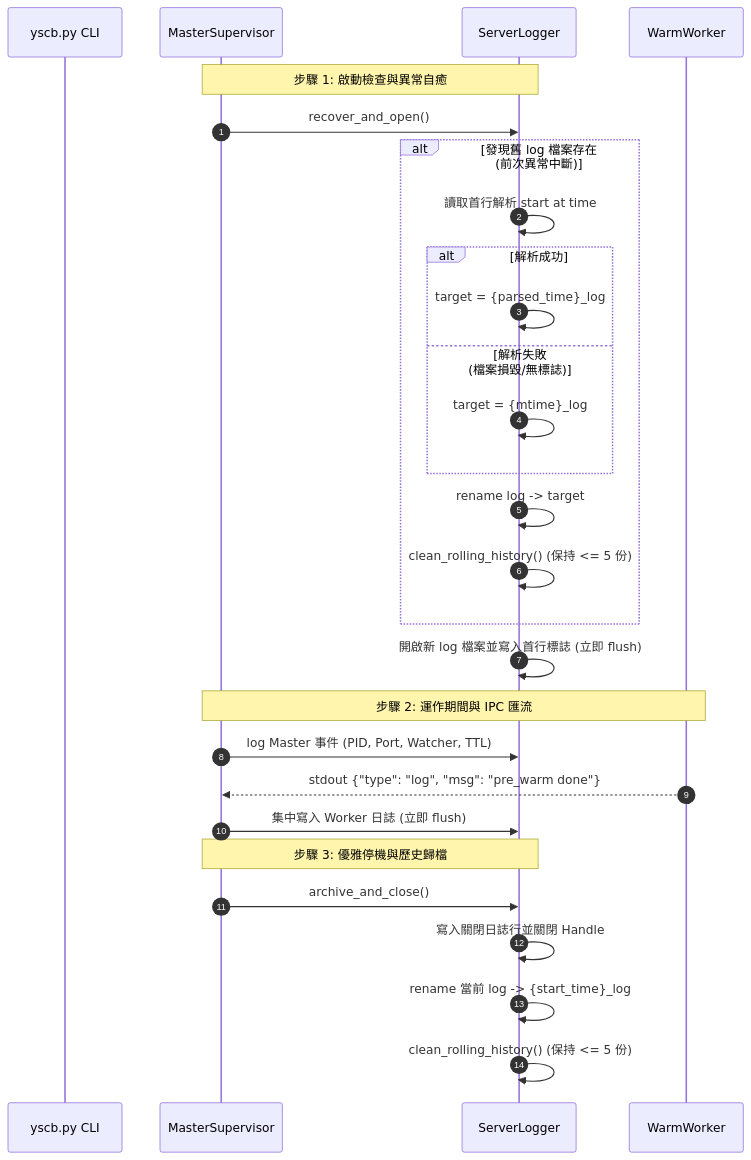
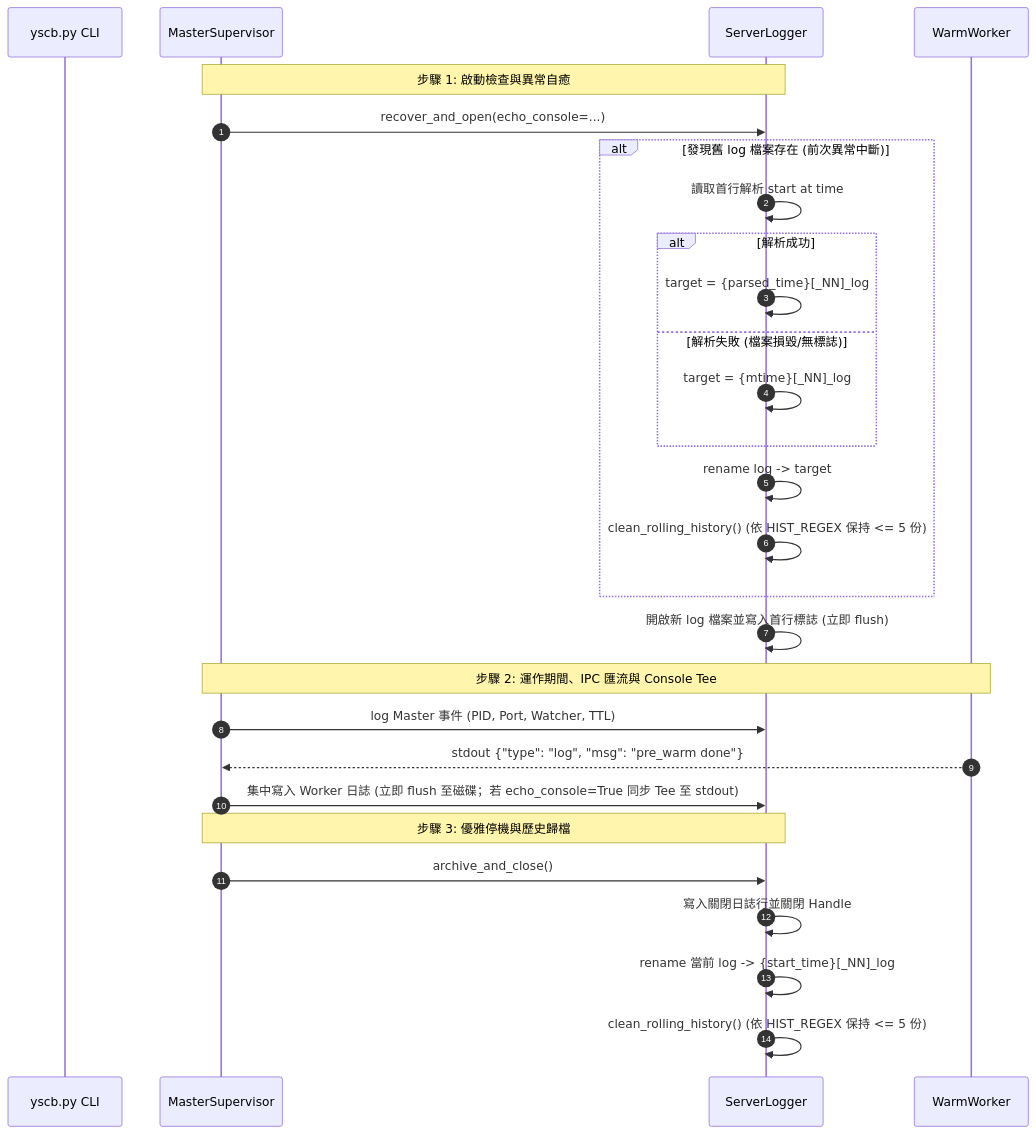
Before and after one commit to ysnaive/ys-codebase: the diagram in docs/server/realtime_logging.md, drawn with Mermaid. The commit also changed other lines of this file and 91 other files, not shown here.

````diff
--- a/docs/server/realtime_logging.md
+++ b/docs/server/realtime_logging.md
@@ -59,33 +77,33 @@
 ```mermaid
 sequenceDiagram
     autonumber
     participant CLI as yscb.py CLI
     participant Master as MasterSupervisor
     participant Logger as ServerLogger
     participant Worker as WarmWorker
 
     Note over Master, Logger: 步驟 1: 啟動檢查與異常自癒
-    Master->>Logger: recover_and_open()
+    Master->>Logger: recover_and_open(echo_console=...)
     alt 發現舊 log 檔案存在 (前次異常中斷)
         Logger->>Logger: 讀取首行解析 start at time
         alt 解析成功
-            Logger->>Logger: target = {parsed_time}_log
+            Logger->>Logger: target = {parsed_time}[_NN]_log
         else 解析失敗 (檔案損毀/無標誌)
-            Logger->>Logger: target = {mtime}_log
+            Logger->>Logger: target = {mtime}[_NN]_log
         end
         Logger->>Logger: rename log -> target
-        Logger->>Logger: clean_rolling_history() (保持 <= 5 份)
+        Logger->>Logger: clean_rolling_history() (依 HIST_REGEX 保持 <= 5 份)
     end
     Logger->>Logger: 開啟新 log 檔案並寫入首行標誌 (立即 flush)
 
-    Note over Master, Worker: 步驟 2: 運作期間與 IPC 匯流
+    Note over Master, Worker: 步驟 2: 運作期間、IPC 匯流與 Console Tee
     Master->>Logger: log Master 事件 (PID, Port, Watcher, TTL)
     Worker-->>Master: stdout {"type": "log", "msg": "pre_warm done"}
-    Master->>Logger: 集中寫入 Worker 日誌 (立即 flush)
+    Master->>Logger: 集中寫入 Worker 日誌 (立即 flush 至磁碟；若 echo_console=True 同步 Tee 至 stdout)
 
     Note over Master, Logger: 步驟 3: 優雅停機與歷史歸檔
     Master->>Logger: archive_and_close()
     Logger->>Logger: 寫入關閉日誌行並關閉 Handle
-    Logger->>Logger: rename 當前 log -> {start_time}_log
-    Logger->>Logger: clean_rolling_history() (保持 <= 5 份)
+    Logger->>Logger: rename 當前 log -> {start_time}[_NN]_log
+    Logger->>Logger: clean_rolling_history() (依 HIST_REGEX 保持 <= 5 份)
 ```
````
